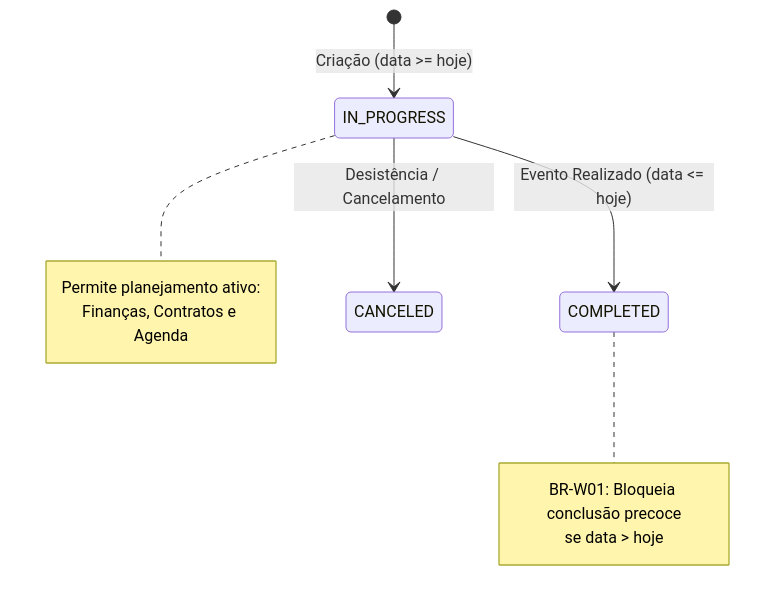
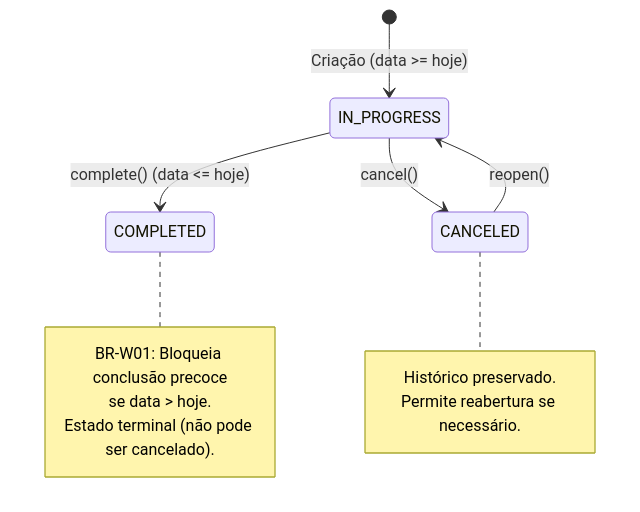
Before and after one commit to Rafaelp122/wedding_management: the diagram in docs/architecture/business-rules/weddings/wedding-status-lifecycle.md, drawn with Mermaid. The commit also changed other lines of this file and 27 other files, not shown here.

````diff
--- a/docs/architecture/business-rules/weddings/wedding-status-lifecycle.md
+++ b/docs/architecture/business-rules/weddings/wedding-status-lifecycle.md
@@ -41,16 +42,18 @@
 ```mermaid
 stateDiagram-v2
     [*] --> IN_PROGRESS : Criação (data >= hoje)
-    IN_PROGRESS --> COMPLETED : Evento Realizado (data <= hoje)
-    IN_PROGRESS --> CANCELED : Desistência / Cancelamento
+    IN_PROGRESS --> COMPLETED : complete() (data <= hoje)
+    IN_PROGRESS --> CANCELED : cancel()
+    CANCELED --> IN_PROGRESS : reopen()
 
     note right of COMPLETED
         BR-W01: Bloqueia conclusão precoce
-        se data > hoje
+        se data > hoje.
+        Estado terminal (não pode ser cancelado).
     end note
 
-    note right of IN_PROGRESS
-        Permite planejamento ativo:
-        Finanças, Contratos e Agenda
+    note right of CANCELED
+        Histórico preservado.
+        Permite reabertura se necessário.
     end note
 ```
````
